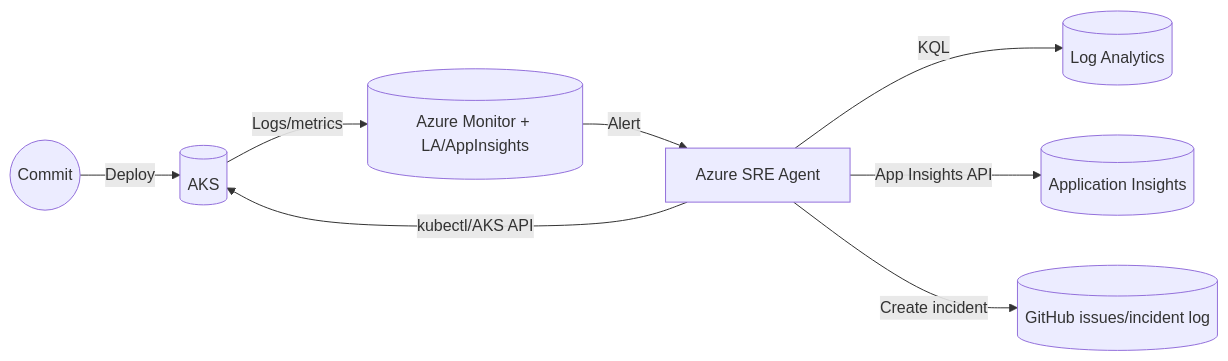
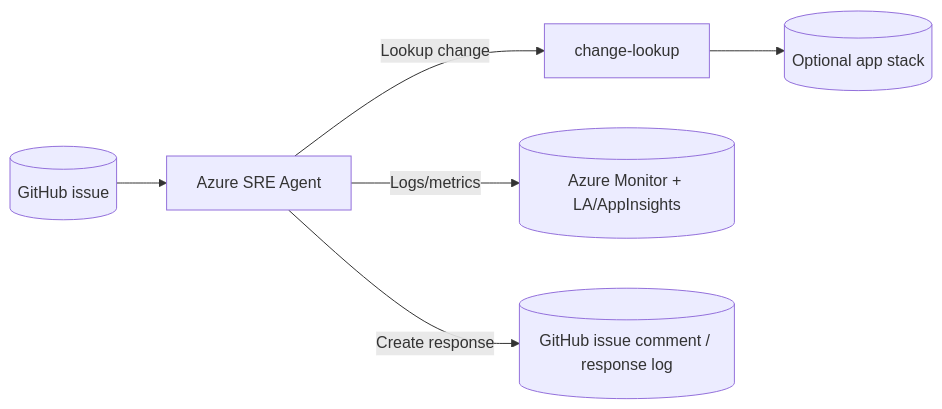
Before and after one commit to nchang90/azure-sre-agent-platform-engineering-lab: the diagram in scenarios/s3-change-issue-triage/README.md, drawn with Mermaid. The commit also changed other lines of this file and 126 other files, not shown here.

````diff
--- a/scenarios/s3-change-issue-triage/README.md
+++ b/scenarios/s3-change-issue-triage/README.md
@@ -15,10 +22,8 @@
 ```mermaid
 flowchart LR
-  Dev((Commit)) -->|Deploy| AKS[(AKS)]
-  AKS -->|Logs/metrics| AzMon[(Azure Monitor + LA/AppInsights)]
-  AzMon -->|Alert| Agent[Azure SRE Agent]
-  Agent -->|KQL| LA[(Log Analytics)]
-  Agent -->|App Insights API| AI[(Application Insights)]
-  Agent -->|kubectl/AKS API| AKS
-  Agent -->|Create incident| GH[(GitHub issues/incident log)]
+  Issue[(GitHub issue)] --> Agent[Azure SRE Agent]
+  Agent -->|Lookup change| CL[change-lookup]
+  CL --> Apps[(Optional app stack)]
+  Agent -->|Logs/metrics| AzMon[(Azure Monitor + LA/AppInsights)]
+  Agent -->|Create response| GH[(GitHub issue comment / response log)]
 ```
````
